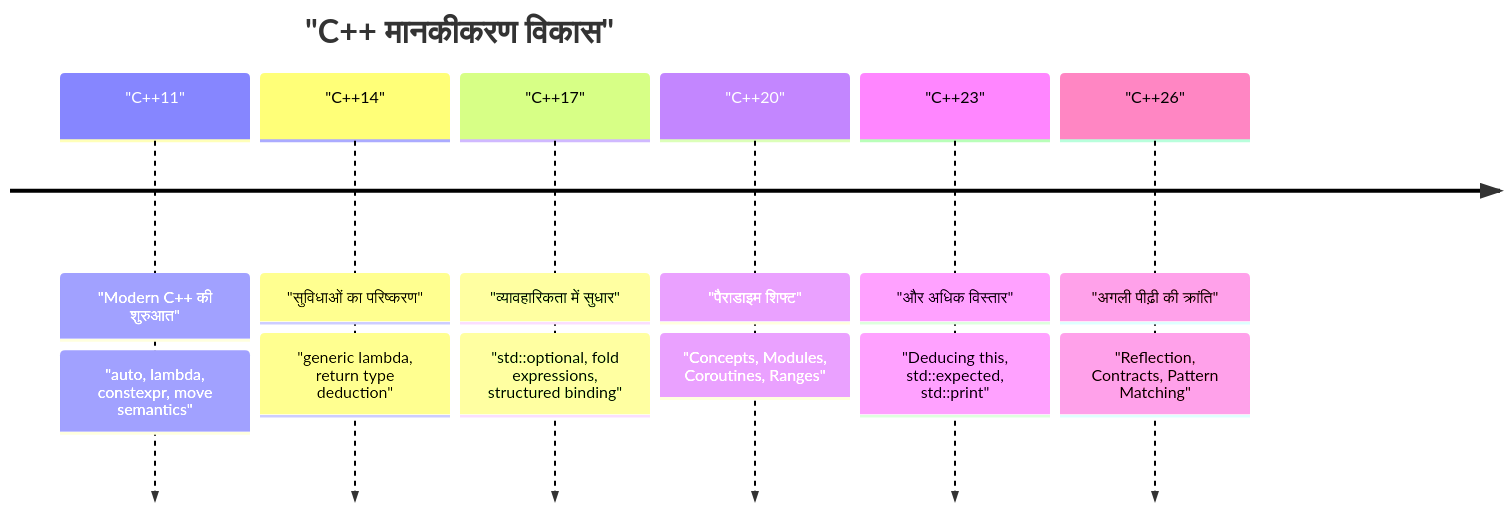
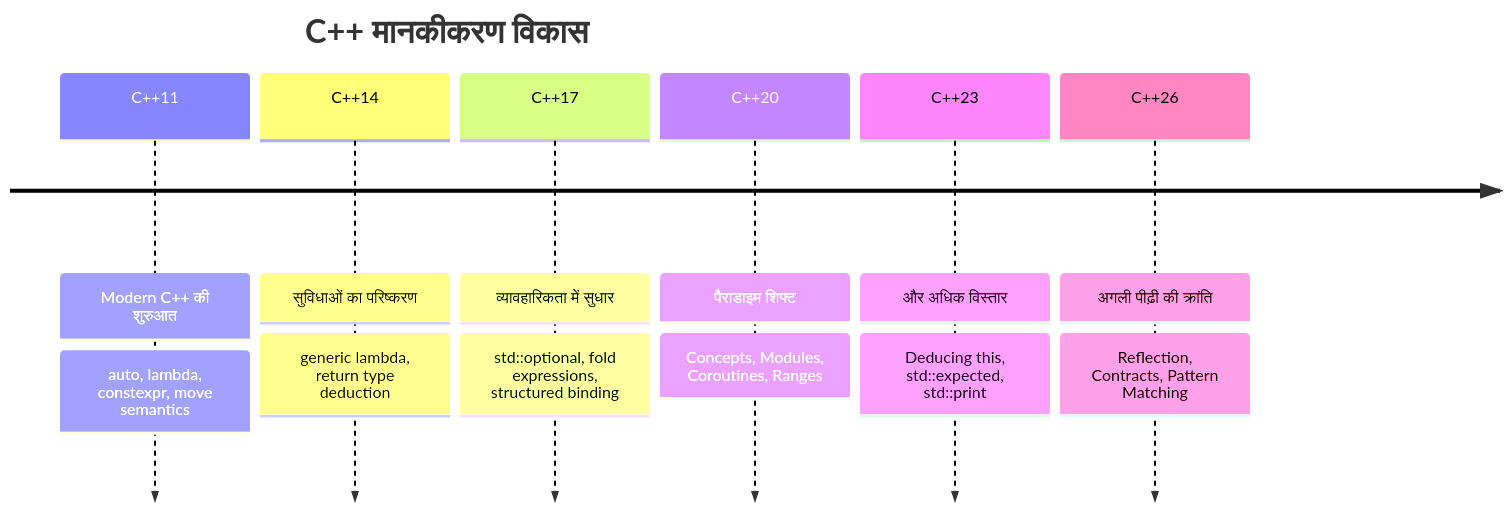
One commit to kenjinote/blog changed the first of 4 diagrams in content/post/cpp26新機能/index.hi.md. Above: the diagram before and after it, drawn with Mermaid. The commit also changed other lines of this file and 703 other files, not shown here.

Commit message:
Fix: Remove quotes from Mermaid link texts and timeline definitions to support Mermaid 11.4.1

````diff
--- a/content/post/cpp26新機能/index.hi.md
+++ b/content/post/cpp26新機能/index.hi.md
@@ -20,10 +20,10 @@
 ```mermaid
 timeline
-    title "C++ मानकीकरण विकास"
-    "C++11" : "Modern C++ की शुरुआत" : "auto, lambda, constexpr, move semantics"
-    "C++14" : "सुविधाओं का परिष्करण" : "generic lambda, return type deduction"
-    "C++17" : "व्यावहारिकता में सुधार" : "std::optional, fold expressions, structured binding"
-    "C++20" : "पैराडाइम शिफ्ट" : "Concepts, Modules, Coroutines, Ranges"
-    "C++23" : "और अधिक विस्तार" : "Deducing this, std::expected, std::print"
-    "C++26" : "अगली पीढ़ी की क्रांति" : "Reflection, Contracts, Pattern Matching"
+    title C++ मानकीकरण विकास
+    C++11 : Modern C++ की शुरुआत : auto, lambda, constexpr, move semantics
+    C++14 : सुविधाओं का परिष्करण : generic lambda, return type deduction
+    C++17 : व्यावहारिकता में सुधार : std::optional, fold expressions, structured binding
+    C++20 : पैराडाइम शिफ्ट : Concepts, Modules, Coroutines, Ranges
+    C++23 : और अधिक विस्तार : Deducing this, std::expected, std::print
+    C++26 : अगली पीढ़ी की क्रांति : Reflection, Contracts, Pattern Matching
 ```
````
